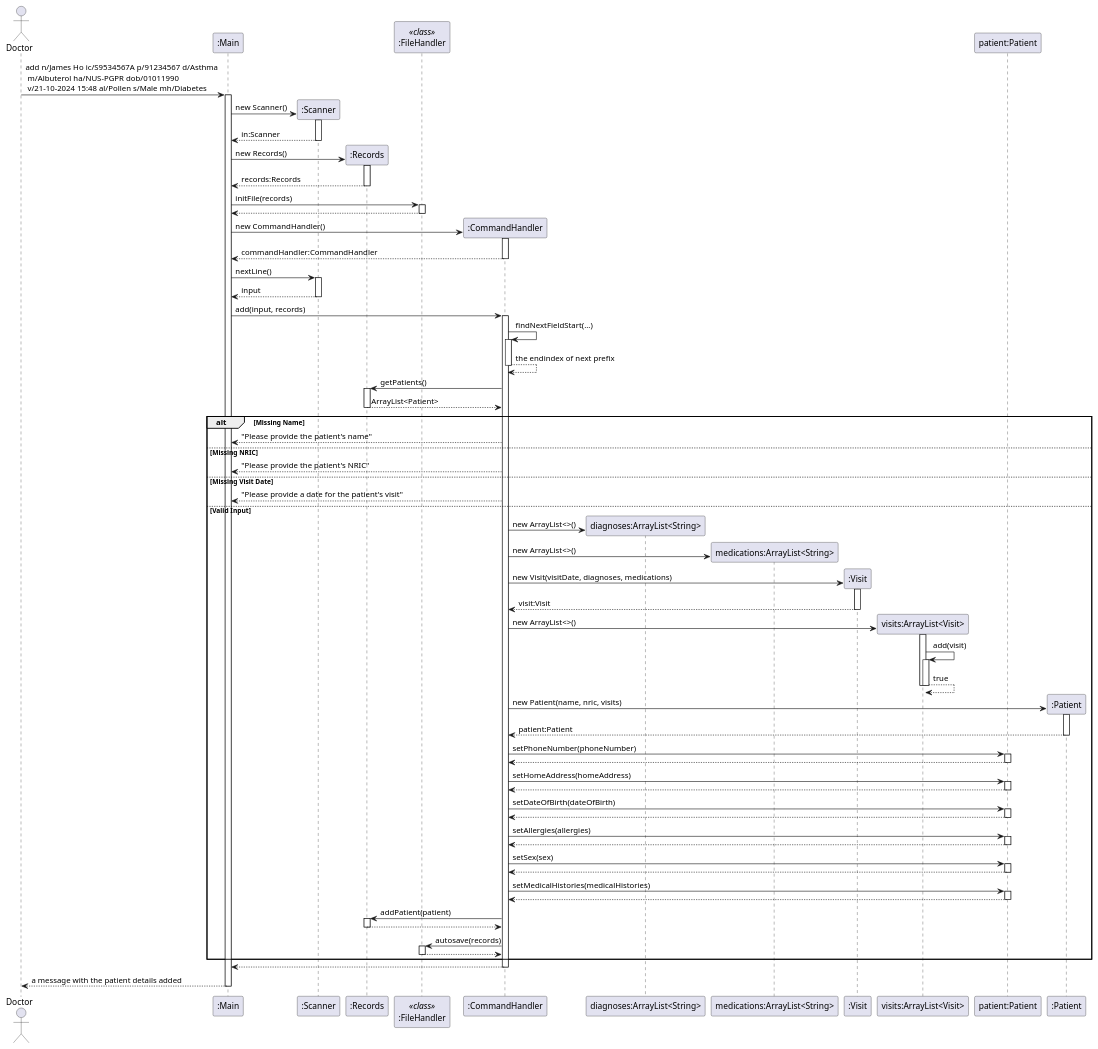
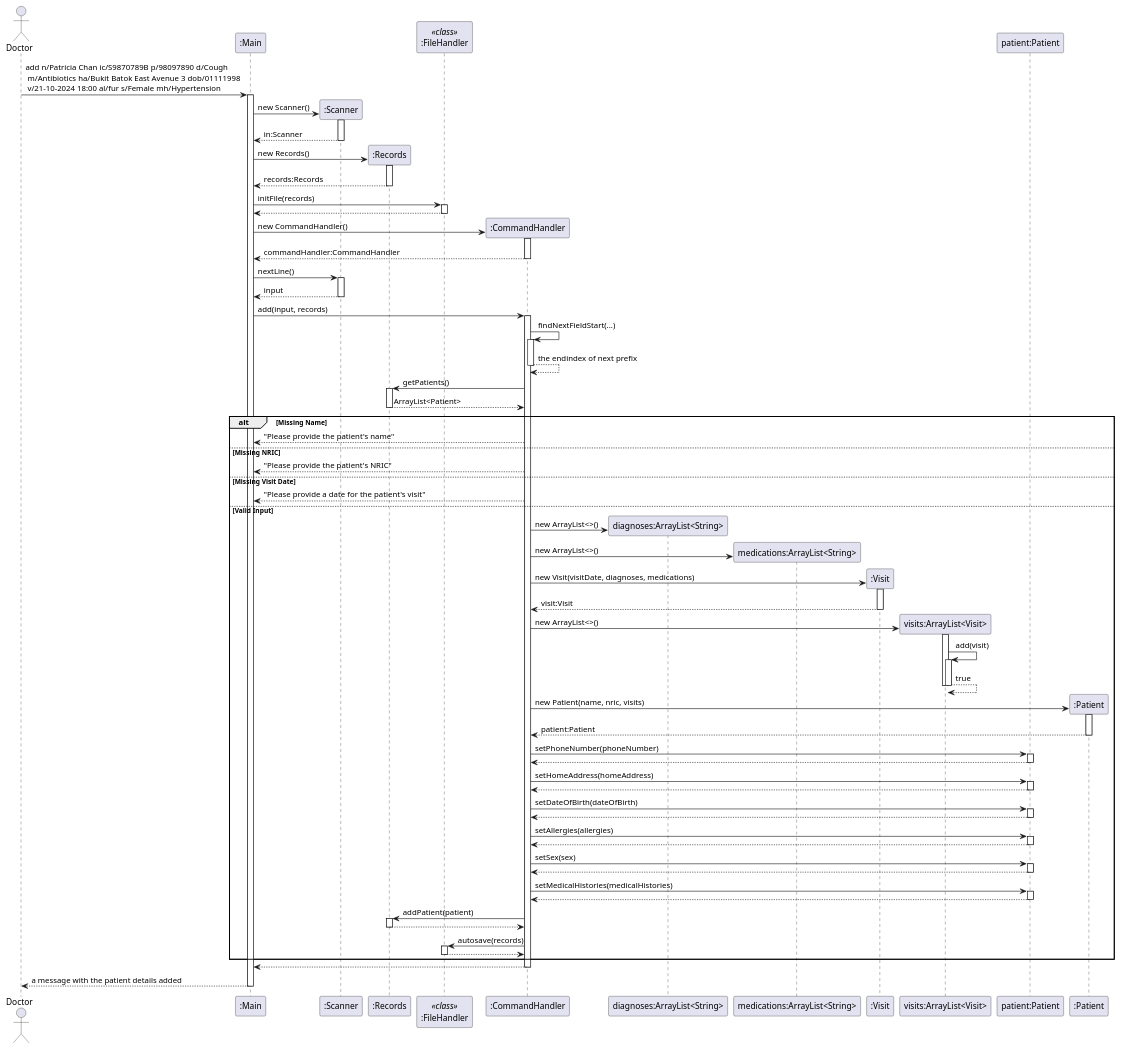
Before and after one commit to yentheng0110/tp: the diagram in docs/NewPatientSequenceDiagram.puml, drawn with PlantUML. The commit also changed 2 other files, not shown here.

```diff
--- a/docs/NewPatientSequenceDiagram.puml
+++ b/docs/NewPatientSequenceDiagram.puml
@@ -1,96 +1,96 @@
 @startuml
 actor Doctor
 
-Doctor -> ":Main" ++: add n/James Ho ic/S9534567A p/91234567 d/Asthma\n m/Albuterol ha/NUS-PGPR dob/01011990\n v/21-10-2024 15:48 al/Pollen s/Male mh/Diabetes
+Doctor -> ":Main" ++: add n/Patricia Chan ic/S9870789B p/98097890 d/Cough\n m/Antibiotics ha/Bukit Batok East Avenue 3 dob/01111998\n v/21-10-2024 18:00 al/fur s/Female mh/Hypertension
 
 ":Main" -> ":Scanner"**: new Scanner()
 activate ":Scanner"
 ":Main" <-- ":Scanner": in:Scanner
 deactivate ":Scanner"
 
 ":Main" -> ":Records"**: new Records()
 activate ":Records"
 ":Main" <-- ":Records": records:Records
 deactivate ":Records"
 
 participant ":FileHandler" as FileHandler <<class>>
 
 ":Main" -> FileHandler ++: initFile(records)
 return
 
 ":Main" -> ":CommandHandler"**: new CommandHandler()
 activate ":CommandHandler"
 ":Main" <-- ":CommandHandler": commandHandler:CommandHandler
 deactivate ":CommandHandler"
 
 ":Main" -> ":Scanner" ++: nextLine()
 return input
 
 ":Main" -> ":CommandHandler" ++: add(input, records)
 
 ":CommandHandler" -> ":CommandHandler" ++: findNextFieldStart(...)
 return the endindex of next prefix
 
 ":CommandHandler" -> ":Records" ++: getPatients()
 ":CommandHandler" <-- ":Records": ArrayList<Patient>
 deactivate ":Records"
 
 alt Missing Name
     ":CommandHandler" --> ":Main": "Please provide the patient's name"
 else Missing NRIC
     ":CommandHandler" --> ":Main": "Please provide the patient's NRIC"
 else Missing Visit Date
     ":CommandHandler" --> ":Main": "Please provide a date for the patient's visit"
 else Valid Input
     create "diagnoses:ArrayList<String>"
     ":CommandHandler" -> "diagnoses:ArrayList<String>"**: new ArrayList<>()
 
     create "medications:ArrayList<String>"
     ":CommandHandler" -> "medications:ArrayList<String>"**: new ArrayList<>()
 
     ":CommandHandler" -> ":Visit"**: new Visit(visitDate, diagnoses, medications)
     activate ":Visit"
     ":CommandHandler" <-- ":Visit": visit:Visit
     deactivate ":Visit"
 
     create "visits:ArrayList<Visit>"
     ":CommandHandler" -> "visits:ArrayList<Visit>"**: new ArrayList<>()
     activate "visits:ArrayList<Visit>"
     "visits:ArrayList<Visit>" -> "visits:ArrayList<Visit>" ++: add(visit)
     return true
     deactivate "visits:ArrayList<Visit>"
 
     participant "patient:Patient"
 
     ":CommandHandler" -> ":Patient"**: new Patient(name, nric, visits)
     activate ":Patient"
     ":CommandHandler" <-- ":Patient": patient:Patient
     deactivate ":Patient"
 
     ":CommandHandler" -> "patient:Patient" ++: setPhoneNumber(phoneNumber)
     return
     ":CommandHandler" -> "patient:Patient" ++: setHomeAddress(homeAddress)
     return
     ":CommandHandler" -> "patient:Patient" ++: setDateOfBirth(dateOfBirth)
     return
     ":CommandHandler" -> "patient:Patient" ++: setAllergies(allergies)
     return
     ":CommandHandler" -> "patient:Patient" ++: setSex(sex)
     return
     ":CommandHandler" -> "patient:Patient" ++: setMedicalHistories(medicalHistories)
     return
 
     ":CommandHandler" -> ":Records" ++: addPatient(patient)
     return
 
     ":CommandHandler" -> FileHandler ++: autosave(records)
     return
 end
 
 ":Main" <-- ":CommandHandler"
 deactivate ":CommandHandler"
 
 Doctor <-- ":Main": a message with the patient details added
 deactivate ":Main"
 
 @enduml
```
